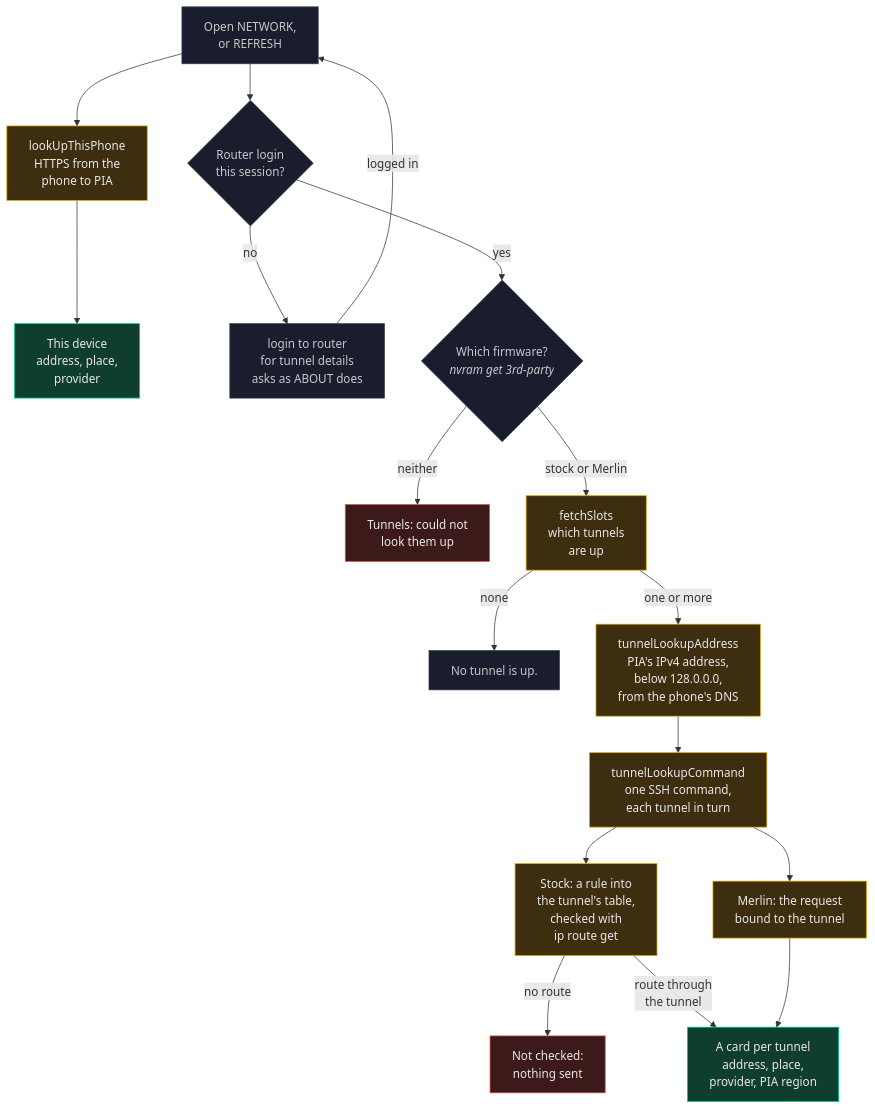
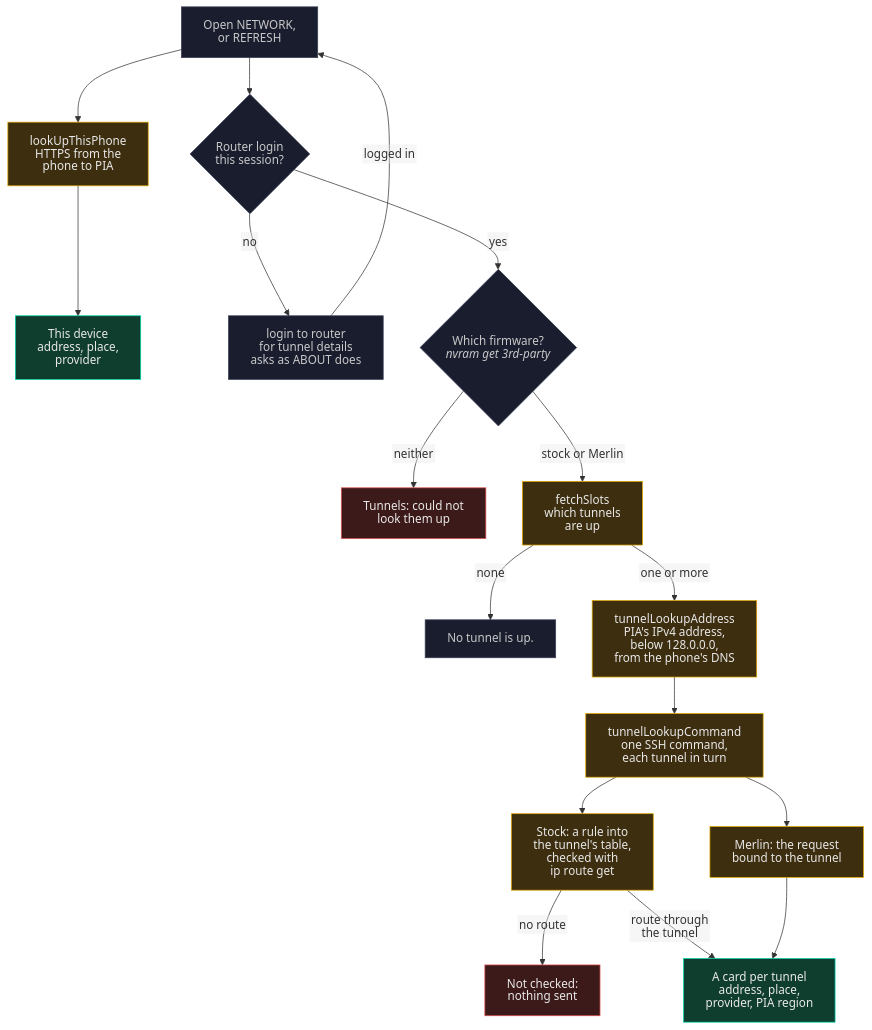
Before and after one commit to ExponentiallyDigital/cfg-pia-wg: the eighth of 13 diagrams in ARCHITECTURE.md, drawn with Mermaid. The commit also changed other lines of this file and 5 other files, not shown here.

Commit message:
v0.8.188 build 558 - Mermaid labels drawn as SVG text so they aren't clipped on Android, and README test figures updated

````diff
--- a/ARCHITECTURE.md
+++ b/ARCHITECTURE.md
@@ -426,28 +434,30 @@
 ```mermaid
+%%{init: {"htmlLabels": false, "flowchart": {"wrappingWidth": 400}}}%%
 flowchart TB
     O["Open NETWORK,<br/>or REFRESH"] --> PH["lookUpThisPhone<br/>HTTPS from the<br/>phone to PIA"]
     O --> Q{"Router login<br/>this session?"}
     PH --> PC["This device<br/>address, place,<br/>provider"]
     Q -->|"no"| LG["login to router<br/>for tunnel details<br/>asks as ABOUT does"]
     LG -->|"logged in"| O
-    Q -->|"yes"| F{"Which firmware?<br/><i>nvram get 3rd-party</i>"}
+    Q -->|"yes"| F{"`Which firmware?
+*nvram get 3rd-party*`"}
     F -->|"neither"| FU["Tunnels: could not<br/>look them up"]
     F -->|"stock or Merlin"| FS["fetchSlots<br/>which tunnels<br/>are up"]
     FS -->|"none"| NONE["No tunnel is up."]
     FS -->|"one or more"| AD["tunnelLookupAddress<br/>PIA's IPv4 address,<br/>below 128.0.0.0,<br/>from the phone's DNS"]
     AD --> TL["tunnelLookupCommand<br/>one SSH command,<br/>each tunnel in turn"]
     TL --> STK["Stock: a rule into<br/>the tunnel's table,<br/>checked with<br/>ip route get"]
     TL --> MER["Merlin: the request<br/>bound to the tunnel"]
     STK -->|"no route"| NR["Not checked:<br/>nothing sent"]
     STK -->|"route through<br/>the tunnel"| TC
     MER --> TC["A card per tunnel<br/>address, place,<br/>provider, PIA region"]
 
     classDef go fill:#0F3D2E,stroke:#00D4AA,color:#E8E8E8
     classDef bad fill:#3D1A1A,stroke:#E05252,color:#E8E8E8
     classDef work fill:#3D2E0F,stroke:#E0A800,color:#E8E8E8
     classDef step fill:#1A1D2E,stroke:#3A3F55,color:#C8C8C8
     class PC,TC go
     class FU,NR bad
     class PH,FS,AD,TL,STK,MER work
     class O,Q,LG,F,NONE step
 ```
````
